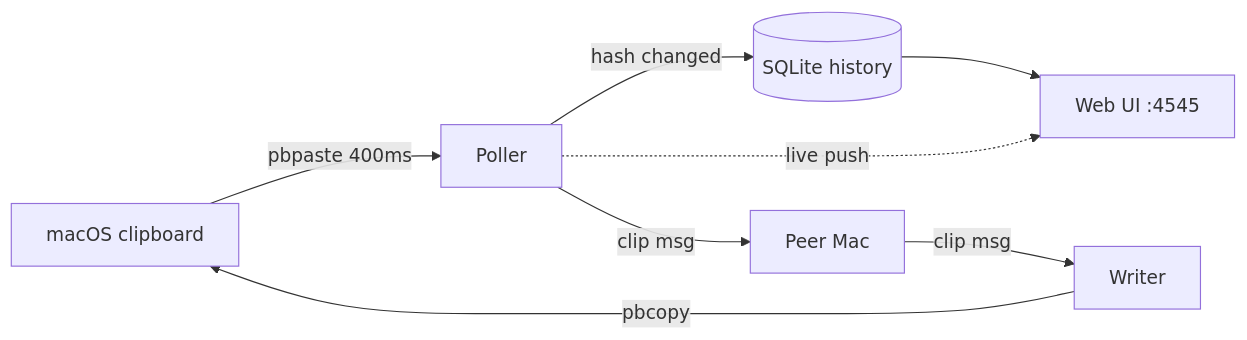
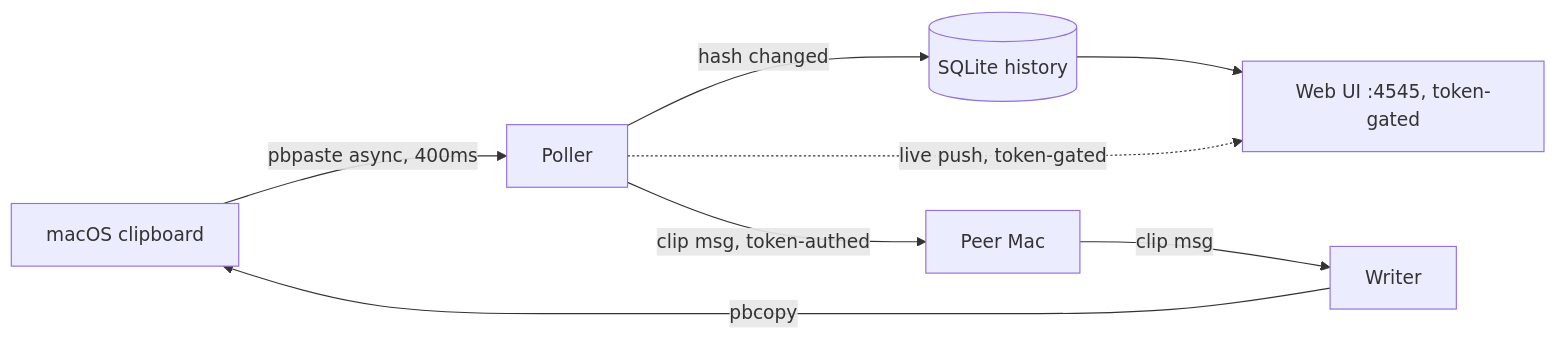
Before and after one commit to bunlongheng/clip: the first of 2 diagrams in README.md, drawn with Mermaid. The commit also changed other lines of this file and 30 other files, not shown here.

````diff
--- a/README.md
+++ b/README.md
@@ -44,10 +45,10 @@
 ```mermaid
 flowchart LR
-    CB[macOS clipboard] -->|pbpaste 400ms| P[Poller]
+    CB[macOS clipboard] -->|pbpaste async, 400ms| P[Poller]
     P -->|hash changed| DBx[(SQLite history)]
-    P -->|clip msg| PEER[Peer Mac]
+    P -->|clip msg, token-authed| PEER[Peer Mac]
     PEER -->|clip msg| WR[Writer]
     WR -->|pbcopy| CB
-    DBx --> UI[Web UI :4545]
-    P -. live push .-> UI
+    DBx --> UI[Web UI :4545, token-gated]
+    P -. live push, token-gated .-> UI
 ```
````
